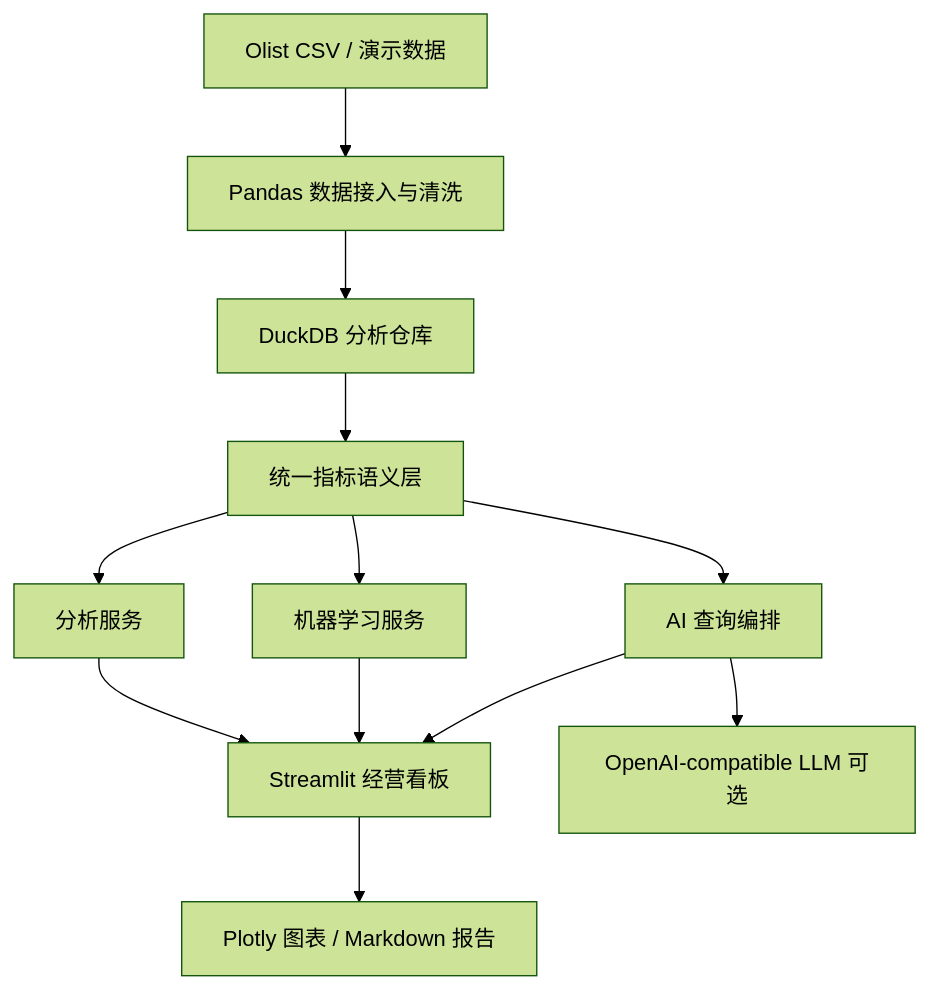
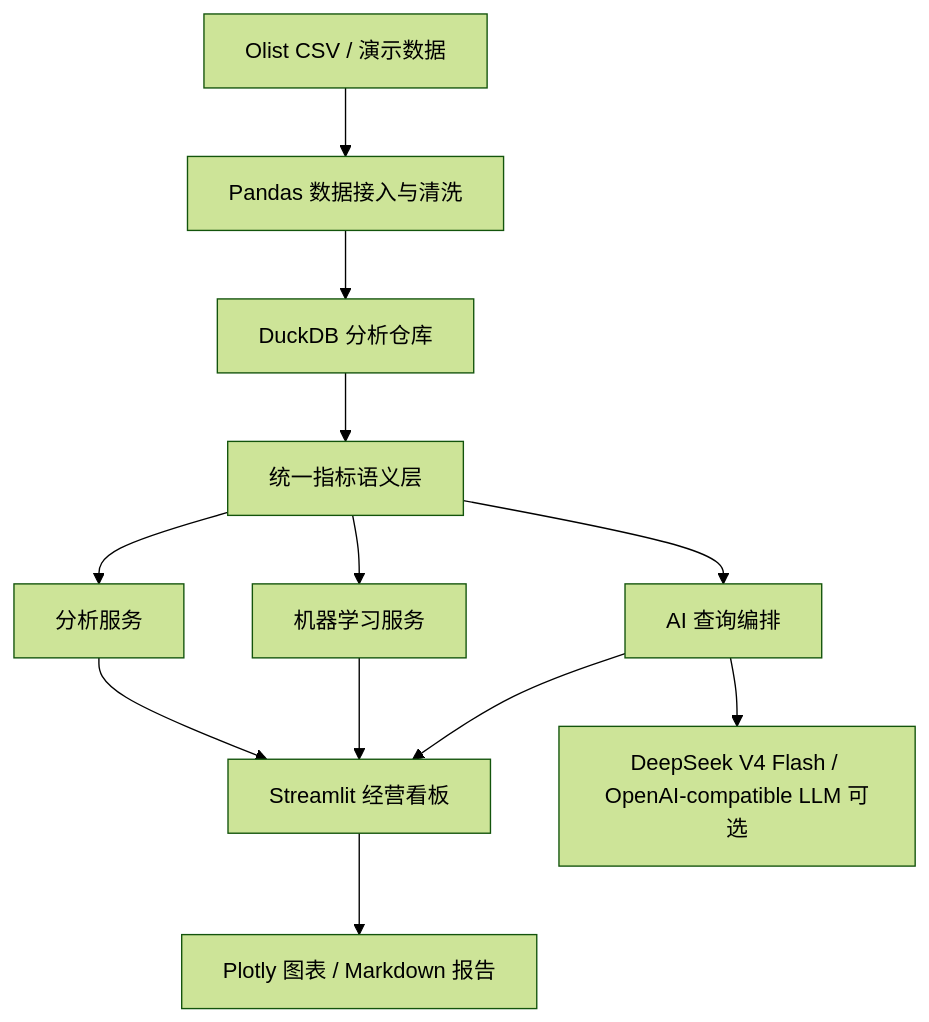
The first of 2 diagrams in docs/architecture.md (Carefreemoon1025/olist-dashboard), drawn with Mermaid (forest theme) before and after one commit. The commit also changed other lines of this file and 7 other files, not shown here.

Commit message:
feat: switch default LLM to DeepSeek V4 Flash

````diff
--- a/docs/architecture.md
+++ b/docs/architecture.md
@@ -7,14 +7,14 @@
 ```mermaid
 flowchart TB
     A["Olist CSV / 演示数据"] --> B["Pandas 数据接入与清洗"]
     B --> C["DuckDB 分析仓库"]
     C --> D["统一指标语义层"]
     D --> E["分析服务"]
     D --> F["机器学习服务"]
     D --> G["AI 查询编排"]
     E --> H["Streamlit 经营看板"]
     F --> H
     G --> H
     H --> I["Plotly 图表 / Markdown 报告"]
-    G --> J["OpenAI-compatible LLM 可选"]
+    G --> J["DeepSeek V4 Flash / OpenAI-compatible LLM 可选"]
 ```
````
